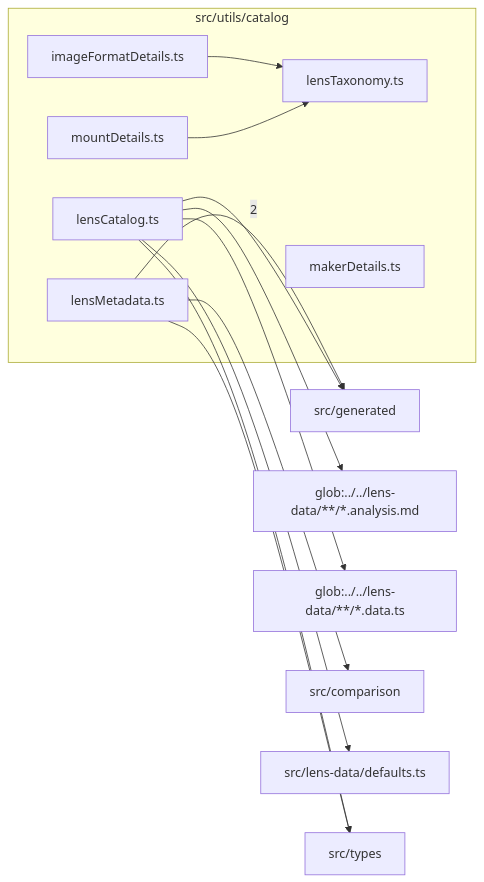
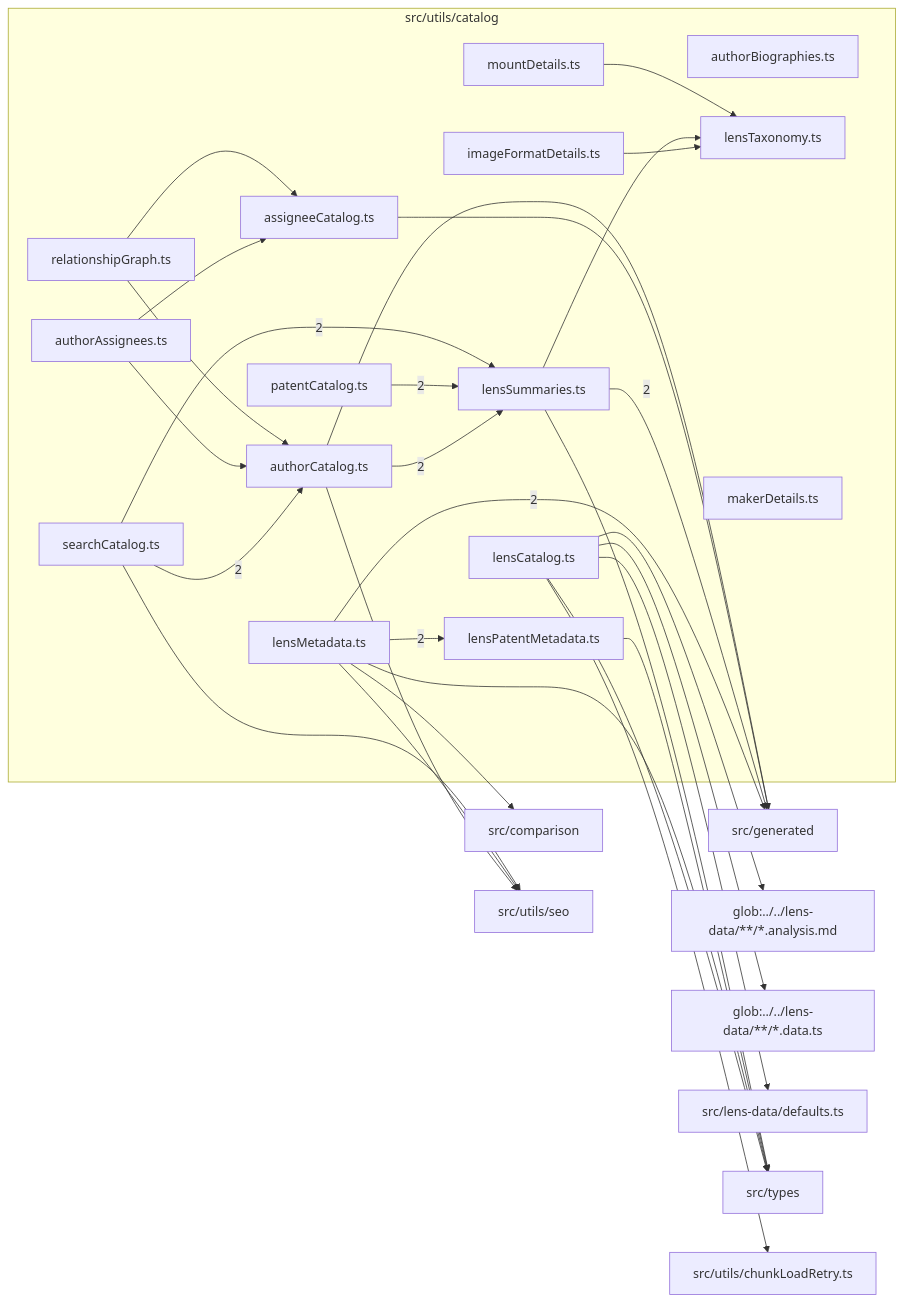
The diagram in src/utils/catalog/readme.md (ronbuening/LensVisualizer), drawn with Mermaid before and after one commit. The commit also changed other lines of this file and 38 other files, not shown here.

````diff
--- a/src/utils/catalog/readme.md
+++ b/src/utils/catalog/readme.md
@@ -9,27 +9,56 @@
 ```mermaid
 flowchart LR
   subgraph n_src_utils_catalog["src/utils/catalog"]
+    n_src_utils_catalog_src_utils_catalog_assigneeCatalog_ts["assigneeCatalog.ts"]
+    n_src_utils_catalog_src_utils_catalog_authorAssignees_ts["authorAssignees.ts"]
+    n_src_utils_catalog_src_utils_catalog_authorBiographies_ts["authorBiographies.ts"]
+    n_src_utils_catalog_src_utils_catalog_authorCatalog_ts["authorCatalog.ts"]
     n_src_utils_catalog_src_utils_catalog_imageFormatDetails_ts["imageFormatDetails.ts"]
     n_src_utils_catalog_src_utils_catalog_lensCatalog_ts["lensCatalog.ts"]
     n_src_utils_catalog_src_utils_catalog_lensMetadata_ts["lensMetadata.ts"]
+    n_src_utils_catalog_src_utils_catalog_lensPatentMetadata_ts["lensPatentMetadata.ts"]
+    n_src_utils_catalog_src_utils_catalog_lensSummaries_ts["lensSummaries.ts"]
     n_src_utils_catalog_src_utils_catalog_lensTaxonomy_ts["lensTaxonomy.ts"]
     n_src_utils_catalog_src_utils_catalog_makerDetails_ts["makerDetails.ts"]
     n_src_utils_catalog_src_utils_catalog_mountDetails_ts["mountDetails.ts"]
+    n_src_utils_catalog_src_utils_catalog_patentCatalog_ts["patentCatalog.ts"]
+    n_src_utils_catalog_src_utils_catalog_relationshipGraph_ts["relationshipGraph.ts"]
+    n_src_utils_catalog_src_utils_catalog_searchCatalog_ts["searchCatalog.ts"]
   end
   n_external_src_generated["src/generated"]
   n_external_glob_______lens_data______analysis_md["glob:../../lens-data/**/*.analysis.md"]
   n_external_glob_______lens_data______data_ts["glob:../../lens-data/**/*.data.ts"]
   n_external_src_comparison["src/comparison"]
   n_external_src_lens_data_defaults_ts["src/lens-data/defaults.ts"]
   n_external_src_types["src/types"]
+  n_external_src_utils_chunkLoadRetry_ts["src/utils/chunkLoadRetry.ts"]
+  n_external_src_utils_seo["src/utils/seo"]
   n_src_utils_catalog_src_utils_catalog_lensMetadata_ts --> |2| n_external_src_generated
+  n_src_utils_catalog_src_utils_catalog_lensSummaries_ts --> |2| n_external_src_generated
+  n_src_utils_catalog_src_utils_catalog_searchCatalog_ts --> |2| n_src_utils_catalog_src_utils_catalog_authorCatalog_ts
+  n_src_utils_catalog_src_utils_catalog_lensMetadata_ts --> |2| n_src_utils_catalog_src_utils_catalog_lensPatentMetadata_ts
+  n_src_utils_catalog_src_utils_catalog_authorCatalog_ts --> |2| n_src_utils_catalog_src_utils_catalog_lensSummaries_ts
+  n_src_utils_catalog_src_utils_catalog_patentCatalog_ts --> |2| n_src_utils_catalog_src_utils_catalog_lensSummaries_ts
+  n_src_utils_catalog_src_utils_catalog_searchCatalog_ts --> |2| n_src_utils_catalog_src_utils_catalog_lensSummaries_ts
   n_src_utils_catalog_src_utils_catalog_lensCatalog_ts --> n_external_glob_______lens_data______analysis_md
   n_src_utils_catalog_src_utils_catalog_lensCatalog_ts --> n_external_glob_______lens_data______data_ts
   n_src_utils_catalog_src_utils_catalog_lensMetadata_ts --> n_external_src_comparison
-  n_src_utils_catalog_src_utils_catalog_lensCatalog_ts --> n_external_src_generated
+  n_src_utils_catalog_src_utils_catalog_assigneeCatalog_ts --> n_external_src_generated
+  n_src_utils_catalog_src_utils_catalog_authorCatalog_ts --> n_external_src_generated
   n_src_utils_catalog_src_utils_catalog_lensCatalog_ts --> n_external_src_lens_data_defaults_ts
   n_src_utils_catalog_src_utils_catalog_lensCatalog_ts --> n_external_src_types
   n_src_utils_catalog_src_utils_catalog_lensMetadata_ts --> n_external_src_types
+  n_src_utils_catalog_src_utils_catalog_lensPatentMetadata_ts --> n_external_src_types
+  n_src_utils_catalog_src_utils_catalog_lensSummaries_ts --> n_external_src_types
+  n_src_utils_catalog_src_utils_catalog_lensCatalog_ts --> n_external_src_utils_chunkLoadRetry_ts
+  n_src_utils_catalog_src_utils_catalog_authorCatalog_ts --> n_external_src_utils_seo
+  n_src_utils_catalog_src_utils_catalog_lensMetadata_ts --> n_external_src_utils_seo
+  n_src_utils_catalog_src_utils_catalog_searchCatalog_ts --> n_external_src_utils_seo
+  n_src_utils_catalog_src_utils_catalog_authorAssignees_ts --> n_src_utils_catalog_src_utils_catalog_assigneeCatalog_ts
+  n_src_utils_catalog_src_utils_catalog_relationshipGraph_ts --> n_src_utils_catalog_src_utils_catalog_assigneeCatalog_ts
+  n_src_utils_catalog_src_utils_catalog_authorAssignees_ts --> n_src_utils_catalog_src_utils_catalog_authorCatalog_ts
+  n_src_utils_catalog_src_utils_catalog_relationshipGraph_ts --> n_src_utils_catalog_src_utils_catalog_authorCatalog_ts
   n_src_utils_catalog_src_utils_catalog_imageFormatDetails_ts --> n_src_utils_catalog_src_utils_catalog_lensTaxonomy_ts
+  n_src_utils_catalog_src_utils_catalog_lensSummaries_ts --> n_src_utils_catalog_src_utils_catalog_lensTaxonomy_ts
   n_src_utils_catalog_src_utils_catalog_mountDetails_ts --> n_src_utils_catalog_src_utils_catalog_lensTaxonomy_ts
 ```
````
